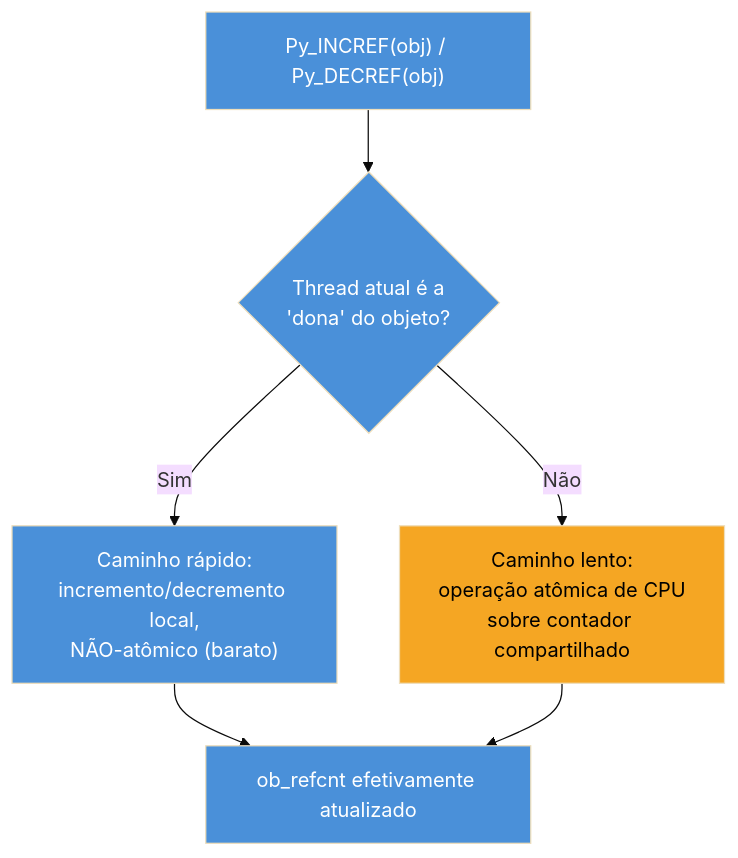
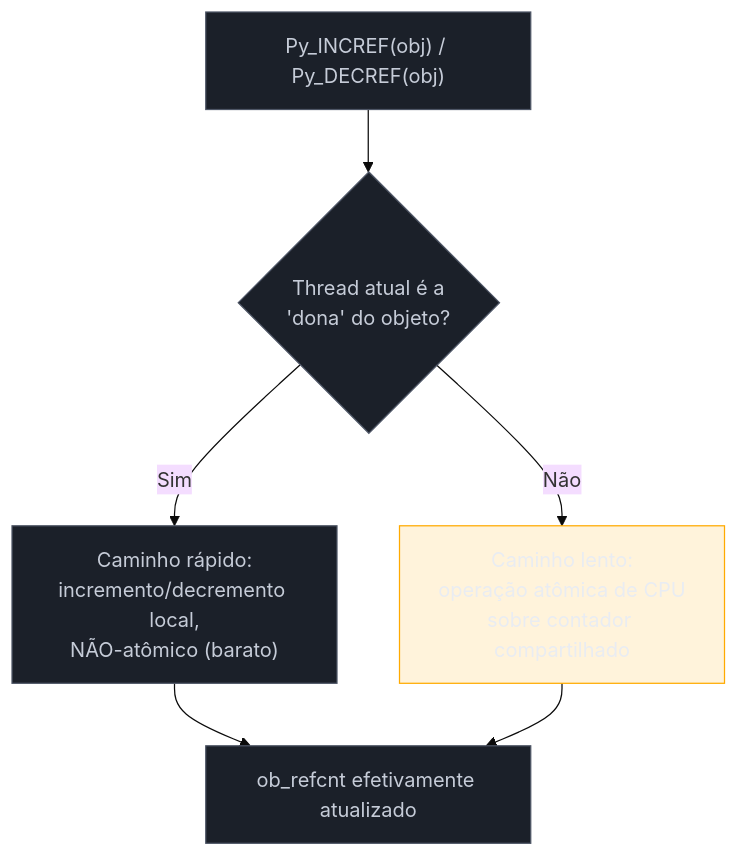
Before and after one commit to josenaldo/codex-technomanticus: the diagram in 03-Dominios/Tecnologia/Python/CPython internals/06 - Free-threading — o GIL opcional (PEP 703).md, drawn with Mermaid (base theme). The commit also changed 1181 other files, not shown here.

First line of the commit message:
fix(diagramas): paleta do sistema no lugar de cor cravada no markdown

````diff
--- a/03-Dominios/Tecnologia/Python/CPython internals/06 - Free-threading — o GIL opcional (PEP 703).md
+++ b/03-Dominios/Tecnologia/Python/CPython internals/06 - Free-threading — o GIL opcional (PEP 703).md
@@ -77,14 +77,16 @@
 ```mermaid
 flowchart TB
+    classDef neutro fill:#1B2029,stroke:#4E5666,color:#C6CCD8
+    classDef destaque fill:#FFAA0024,stroke:#FFAA00,color:#E9ECF2
     Start["Py_INCREF(obj) / Py_DECREF(obj)"] --> Owner{"Thread atual é a\n'dona' do objeto?"}
     Owner -- Sim --> Fast["Caminho rápido:\nincremento/decremento local,\nNÃO-atômico (barato)"]
     Owner -- Não --> Slow["Caminho lento:\noperação atômica de CPU\nsobre contador compartilhado"]
     Fast --> Done["ob_refcnt efetivamente atualizado"]
     Slow --> Done
 
-    style Start fill:#4A90D9,color:#fff
-    style Owner fill:#4A90D9,color:#fff
-    style Fast fill:#4A90D9,color:#fff
-    style Slow fill:#F5A623,color:#000
-    style Done fill:#4A90D9,color:#fff
+    class Start neutro
+    class Owner neutro
+    class Fast neutro
+    class Slow destaque
+    class Done neutro
 ```
````
